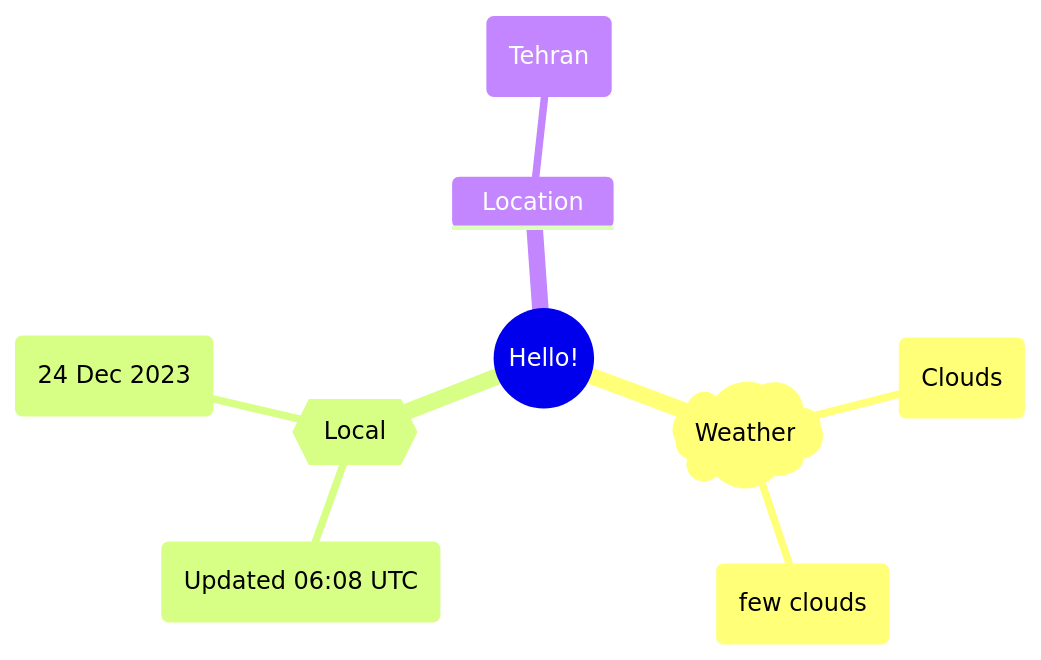
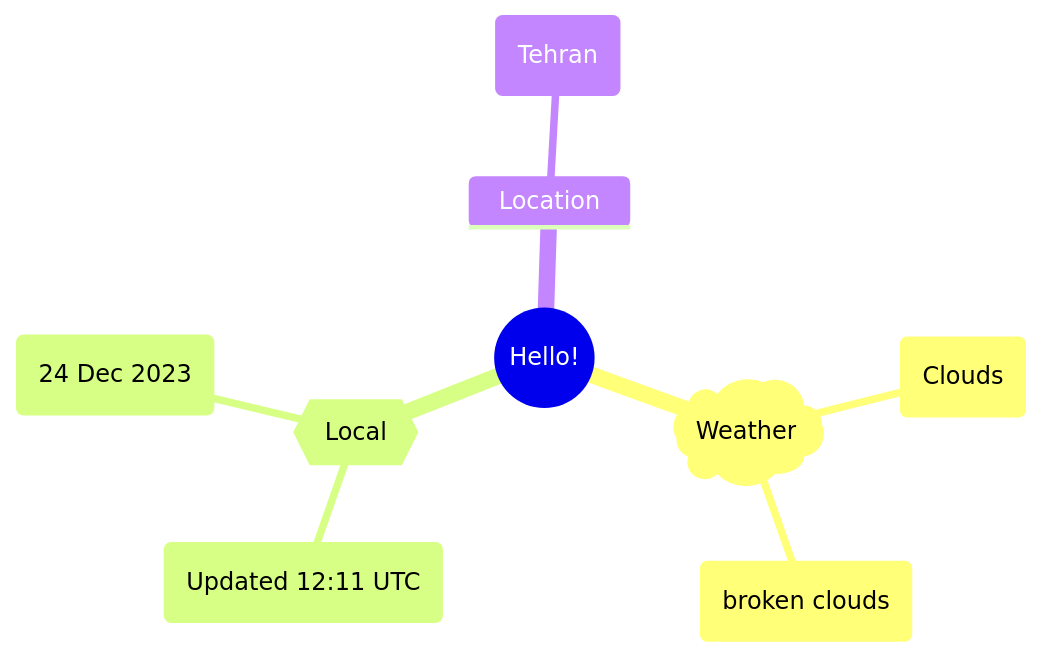
The first of 2 diagrams in README.md (Xosrov/Xosrov), drawn with Mermaid before and after one commit.

Commit message:
[bot] updated images

````diff
--- a/README.md
+++ b/README.md
@@ -3,12 +3,12 @@
 ```mermaid
 mindmap
   root((Hello!))
     )Weather(
         (Clouds)
-        (few clouds)
+        (broken clouds)
     {{Local}}
-        (Updated 06:08 UTC)
+        (Updated 12:11 UTC)
         (24 Dec 2023)
     Location
         (Tehran)
 ```
````
